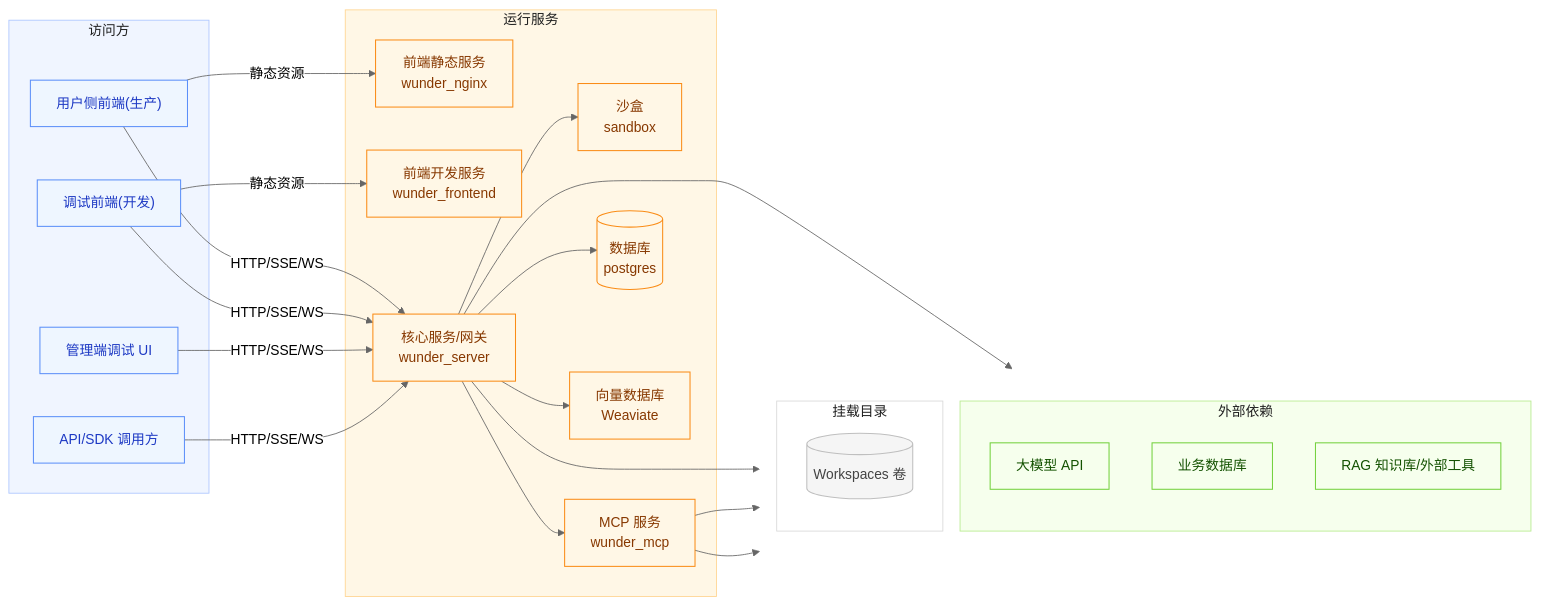
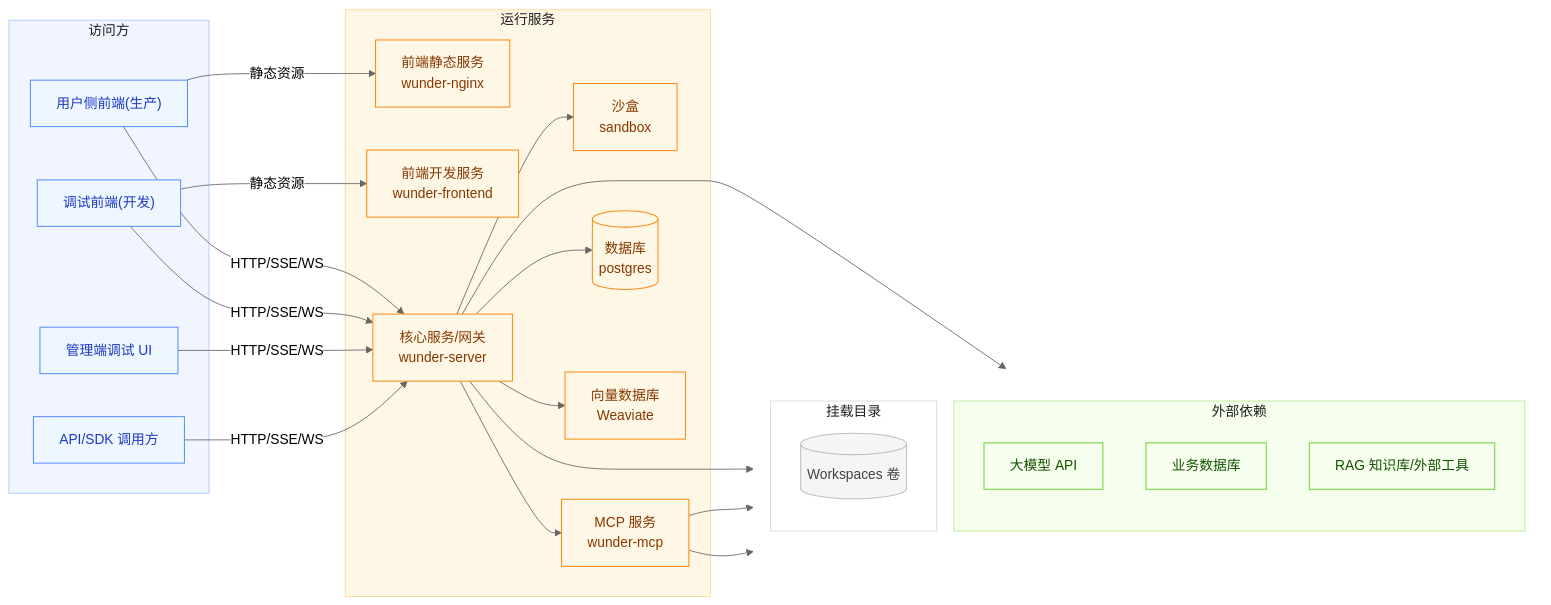
One commit to ylsdamxssjxxdd/wunder changed the first of 8 diagrams in docs/架构设计.md. Above: the diagram before and after it, drawn with Mermaid (neutral theme). The commit also changed other lines of this file and 19 other files, not shown here.

````diff
--- a/docs/架构设计.md
+++ b/docs/架构设计.md
@@ -26,65 +26,65 @@
 ```mermaid
 flowchart LR
   subgraph Clients["访问方"]
     UserUI["用户侧前端(生产)"]
     DebugUI["调试前端(开发)"]
     AdminUI["管理端调试 UI"]
     ApiClient["API/SDK 调用方"]
   end
 
   subgraph Runtime["运行服务"]
-    Nginx["前端静态服务<br/>wunder_nginx"]
-    FrontendDev["前端开发服务<br/>wunder_frontend"]
-    RustAPI["核心服务/网关<br/>wunder_server"]
+    Nginx["前端静态服务<br/>wunder-nginx"]
+    FrontendDev["前端开发服务<br/>wunder-frontend"]
+    RustAPI["核心服务/网关<br/>wunder-server"]
     Sandbox["沙盒<br/>sandbox"]
-    MCP["MCP 服务<br/>wunder_mcp"]
+    MCP["MCP 服务<br/>wunder-mcp"]
     PG[("数据库<br/>postgres")]
     VectorDB["向量数据库<br/>Weaviate"]
   end
 
   subgraph RightSide[" "]
     direction TB
     subgraph External["外部依赖"]
       LLM["大模型 API"]
       ExtDB["业务数据库"]
       KB["RAG 知识库/外部工具"]
     end
     subgraph Mounts["挂载目录"]
       WS[("Workspaces 卷")]
     end
   end
 
   UserUI -->|静态资源| Nginx
   DebugUI -->|静态资源| FrontendDev
 
   UserUI -->|HTTP/SSE/WS| RustAPI
   DebugUI -->|HTTP/SSE/WS| RustAPI
   AdminUI -->|HTTP/SSE/WS| RustAPI
   ApiClient -->|HTTP/SSE/WS| RustAPI
 
   RustAPI --> PG
   RustAPI --> WS
   RustAPI --> LLM
   RustAPI --> VectorDB
   RustAPI --> Sandbox
   RustAPI --> MCP
 
   MCP --> ExtDB
   MCP --> KB
 
   classDef client fill:#eef6ff,stroke:#5b8ff9,stroke-width:1.2px,color:#1d39c4;
   classDef runtime fill:#fff7e6,stroke:#fa8c16,stroke-width:1.2px,color:#873800;
   classDef external fill:#f6ffed,stroke:#73d13d,stroke-width:1.2px,color:#135200;
   classDef volume fill:#f5f5f5,stroke:#bfbfbf,stroke-width:1.2px,color:#434343;
 
   class UserUI,DebugUI,AdminUI,ApiClient client;
   class Nginx,FrontendDev,RustAPI,Sandbox,MCP,PG,VectorDB runtime;
   class LLM,ExtDB,KB external;
   class WS volume;
 
   style Clients fill:#f0f5ff,stroke:#adc6ff,stroke-width:1px,color:#1f1f1f;
   style Runtime fill:#fff7e6,stroke:#ffd591,stroke-width:1px,color:#1f1f1f;
   style External fill:#f6ffed,stroke:#b7eb8f,stroke-width:1px,color:#1f1f1f;
   style Mounts fill:#ffffff,stroke:#d9d9d9,stroke-width:1px,color:#1f1f1f;
   style RightSide fill:transparent,stroke:transparent,color:transparent;
 ```
````
